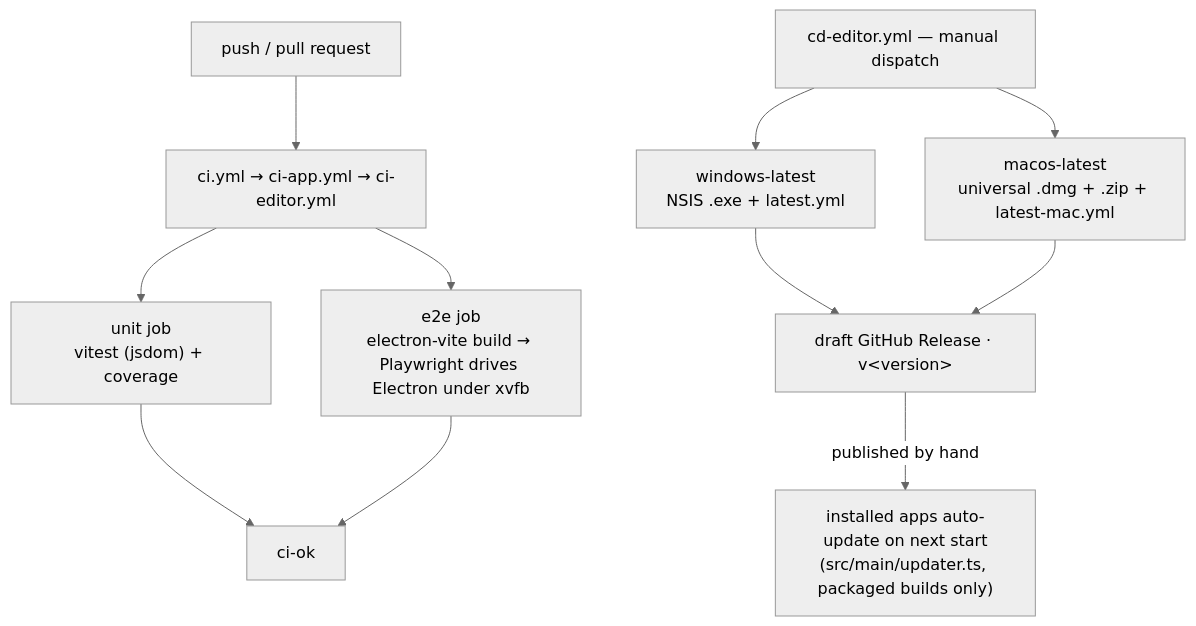
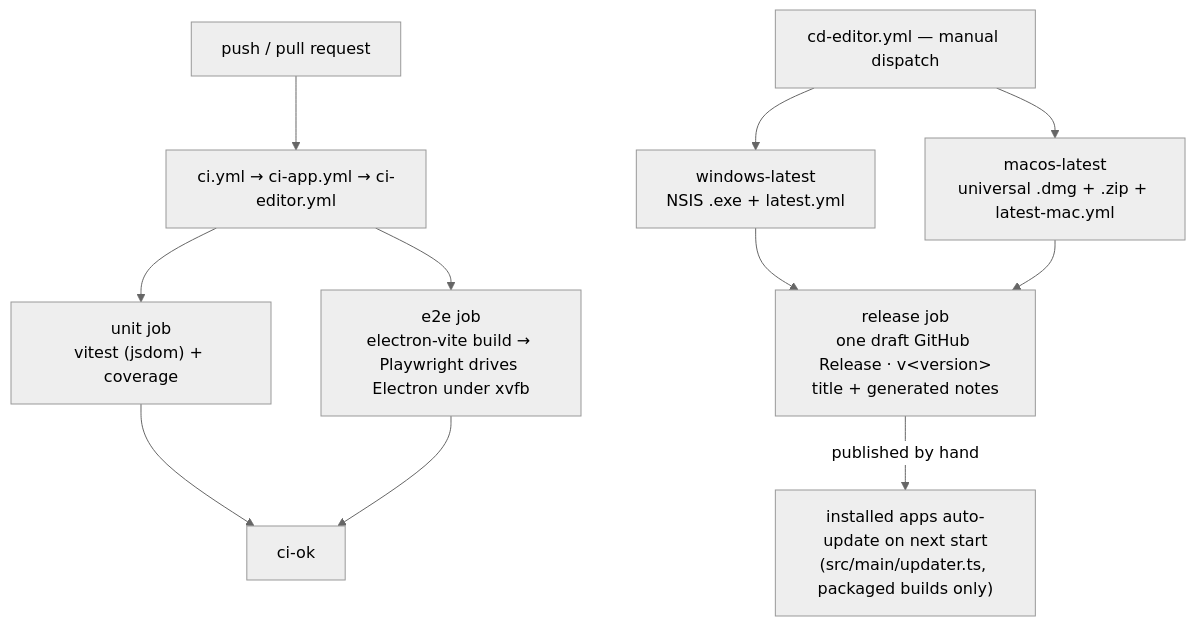
The first of 2 diagrams in apps/editor/README.md (soroush-tech/core), drawn with Mermaid (neutral theme) before and after one commit. The commit also changed other lines of this file and 7 other files, not shown here.

First line of the commit message:
feat(editor): add the app icon and assemble one titled draft release in CD - close #332

````diff
--- a/apps/editor/README.md
+++ b/apps/editor/README.md
@@ -27,14 +26,14 @@
 ```mermaid
 flowchart TD
     pr["push / pull request"] --> ci["ci.yml → ci-app.yml → ci-editor.yml"]
     ci --> unit["unit job<br/>vitest (jsdom) + coverage"]
     ci --> e2e["e2e job<br/>electron-vite build → Playwright drives Electron under xvfb"]
     unit --> ok["ci-ok"]
     e2e --> ok
 
     dispatch["cd-editor.yml — manual dispatch"] --> winbuild["windows-latest<br/>NSIS .exe + latest.yml"]
     dispatch --> macbuild["macos-latest<br/>universal .dmg + .zip + latest-mac.yml"]
-    winbuild --> draft["draft GitHub Release · v&lt;version&gt;"]
+    winbuild --> draft["release job<br/>one draft GitHub Release · v&lt;version&gt;<br/>title + generated notes"]
     macbuild --> draft
     draft -->|"published by hand"| update["installed apps auto-update on next start<br/>(src/main/updater.ts, packaged builds only)"]
 ```
````
